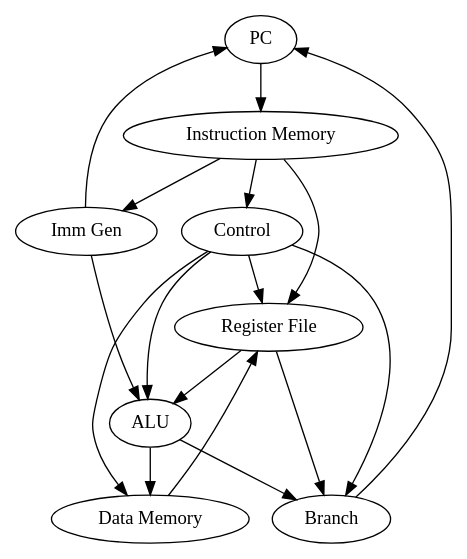
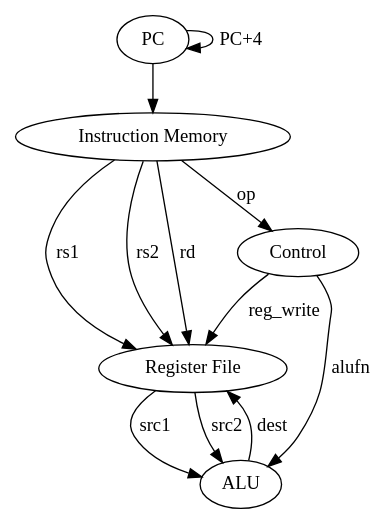
The diagram in report/approach/graph.dot (solomspd/application-specific-riscv-research), drawn with Graphviz before and after one commit. The commit also changed 13 other files, not shown here.

```diff
--- a/report/approach/graph.dot
+++ b/report/approach/graph.dot
@@ -1,26 +1,18 @@
 digraph "plz work" {
 	pc [label=PC]
 	reg [label="Register File"]
 	alu [label=ALU]
-	dm [label="Data Memory"]
-	br [label=Branch]
-	imm [label="Imm Gen"]
 	ctrl [label=Control]
 	im [label="Instruction Memory"]
-	reg -> alu
-	alu -> dm
-	reg -> br
-	dm -> reg
-	alu -> br
-	imm -> pc
-	ctrl -> br
-	ctrl -> alu
-	ctrl -> dm
-	ctrl -> reg
-	im -> reg
-	im -> ctrl
+	reg -> alu [label=src1]
+	reg -> alu [label=src2]
+	alu -> reg [label=dest]
+	ctrl -> alu [label=alufn]
+	ctrl -> reg [label=reg_write]
+	im -> reg [label=rs1]
+	im -> reg [label=rs2]
+	im -> reg [label=rd]
+	im -> ctrl [label=op]
 	pc -> im
-	im -> imm
-	imm -> alu
-	br -> pc
+	pc -> pc [label="PC+4"]
 }
```
